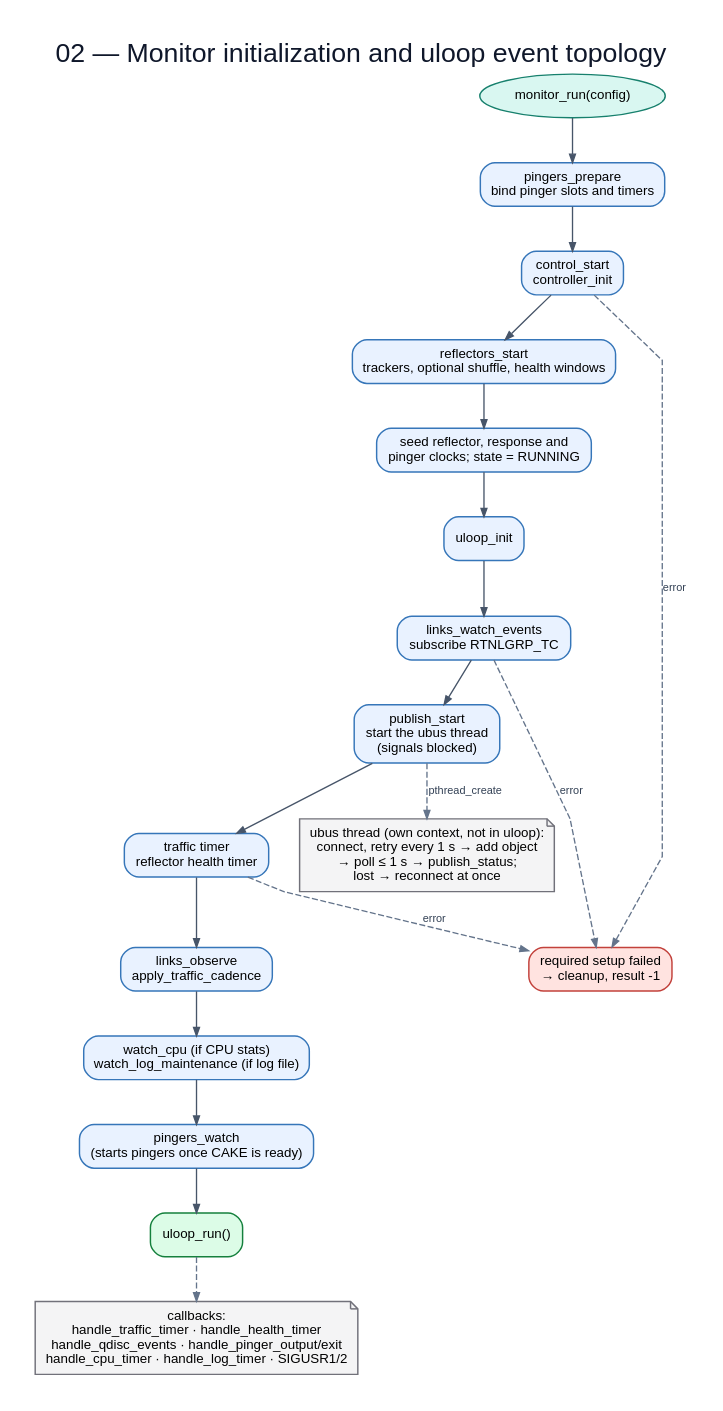
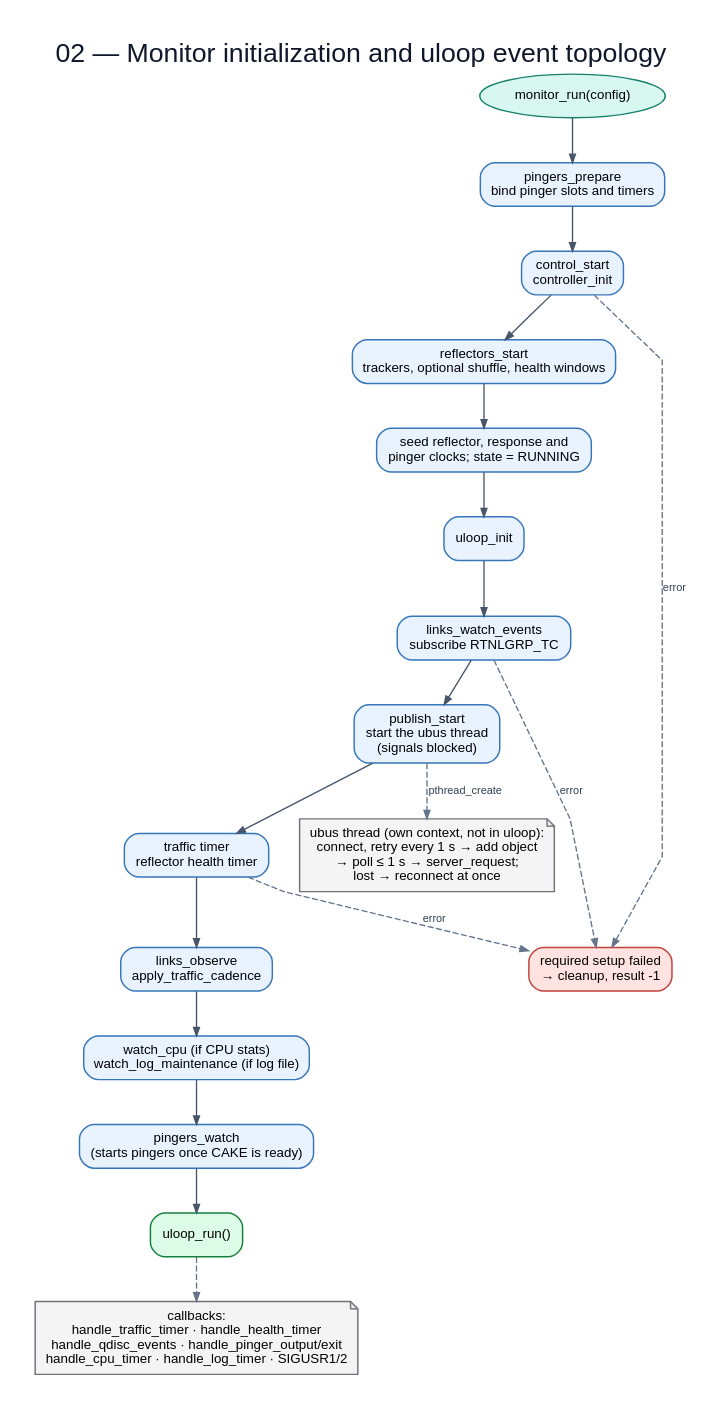
Before and after one commit to huydoan94/cake-adapt: the diagram in flowchart/diagrams/02-monitor-initialization.dot, drawn with Graphviz. The commit also changed 10 other files, not shown here.

Commit message:
flowchart: regenerate for the restructure

```diff
--- a/flowchart/diagrams/02-monitor-initialization.dot
+++ b/flowchart/diagrams/02-monitor-initialization.dot
@@ -1,38 +1,38 @@
 digraph G {
   graph [rankdir=TB,bgcolor="white",pad="0.30",nodesep="0.35",ranksep="0.48",splines=polyline,fontname="Arial",label="02 — Monitor initialization and uloop event topology",labelloc=t,fontsize=22,fontcolor="#0f172a"];
   node [fontname="Arial",fontsize=11,margin="0.14,0.09",penwidth=1.2];
   edge [fontname="Arial",fontsize=9,color="#475569",fontcolor="#334155",arrowsize=0.7,penwidth=1.1];
   start [label="monitor_run(config)",shape=oval,style="filled",fillcolor="#d9f7f1",color="#17806d"];
   pingers [label="pingers_prepare\nbind pinger slots and timers",shape=box,style="rounded,filled",fillcolor="#e9f2ff",color="#3676b9"];
   controller [label="control_start\ncontroller_init",shape=box,style="rounded,filled",fillcolor="#e9f2ff",color="#3676b9"];
   reflectors [label="reflectors_start\ntrackers, optional shuffle, health windows",shape=box,style="rounded,filled",fillcolor="#e9f2ff",color="#3676b9"];
   clocks [label="seed reflector, response and\npinger clocks; state = RUNNING",shape=box,style="rounded,filled",fillcolor="#e9f2ff",color="#3676b9"];
   uloop [label="uloop_init",shape=box,style="rounded,filled",fillcolor="#e9f2ff",color="#3676b9"];
   events [label="links_watch_events\nsubscribe RTNLGRP_TC",shape=box,style="rounded,filled",fillcolor="#e9f2ff",color="#3676b9"];
   publish [label="publish_start\nstart the ubus thread\n(signals blocked)",shape=box,style="rounded,filled",fillcolor="#e9f2ff",color="#3676b9"];
   timers [label="traffic timer\nreflector health timer",shape=box,style="rounded,filled",fillcolor="#e9f2ff",color="#3676b9"];
   first [label="links_observe\napply_traffic_cadence",shape=box,style="rounded,filled",fillcolor="#e9f2ff",color="#3676b9"];
   optional [label="watch_cpu (if CPU stats)\nwatch_log_maintenance (if log file)",shape=box,style="rounded,filled",fillcolor="#e9f2ff",color="#3676b9"];
   latency [label="pingers_watch\n(starts pingers once CAKE is ready)",shape=box,style="rounded,filled",fillcolor="#e9f2ff",color="#3676b9"];
   run [label="uloop_run()",shape=box,style="rounded,filled,bold",fillcolor="#dcfce7",color="#15803d"];
   fail [label="required setup failed\n→ cleanup, result -1",shape=box,style="rounded,filled",fillcolor="#ffe3e0",color="#c2413b"];
   cb [label="callbacks:\nhandle_traffic_timer · handle_health_timer\nhandle_qdisc_events · handle_pinger_output/exit\nhandle_cpu_timer · handle_log_timer · SIGUSR1/2",shape=note,style="filled",fillcolor="#f4f4f5",color="#71717a"];
-  thread [label="ubus thread (own context, not in uloop):\nconnect, retry every 1 s → add object\n→ poll ≤ 1 s → publish_status;\nlost → reconnect at once",shape=note,style="filled",fillcolor="#f4f4f5",color="#71717a"];
+  thread [label="ubus thread (own context, not in uloop):\nconnect, retry every 1 s → add object\n→ poll ≤ 1 s → server_request;\nlost → reconnect at once",shape=note,style="filled",fillcolor="#f4f4f5",color="#71717a"];
   start -> pingers;
   pingers -> controller;
   controller -> reflectors;
   reflectors -> clocks;
   clocks -> uloop;
   uloop -> events;
   events -> publish;
   publish -> timers;
   timers -> first;
   first -> optional;
   optional -> latency;
   latency -> run;
   controller -> fail [label="error",style=dashed,color="#64748b"];
   events -> fail [label="error",style=dashed,color="#64748b"];
   timers -> fail [label="error",style=dashed,color="#64748b"];
   run -> cb [style=dashed,color="#64748b"];
   publish -> thread [label="pthread_create",style=dashed,color="#64748b"];
 }
```
